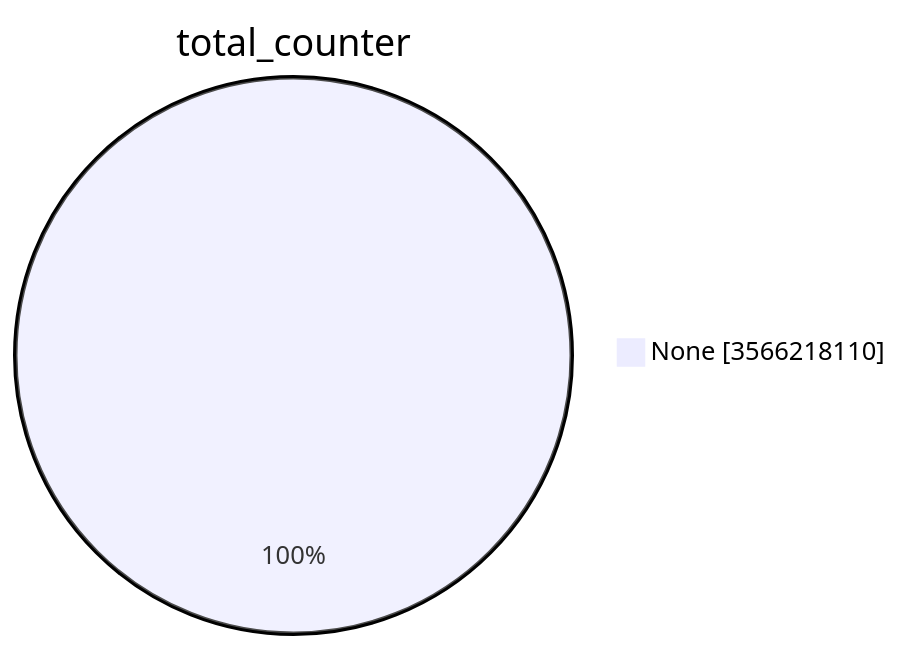
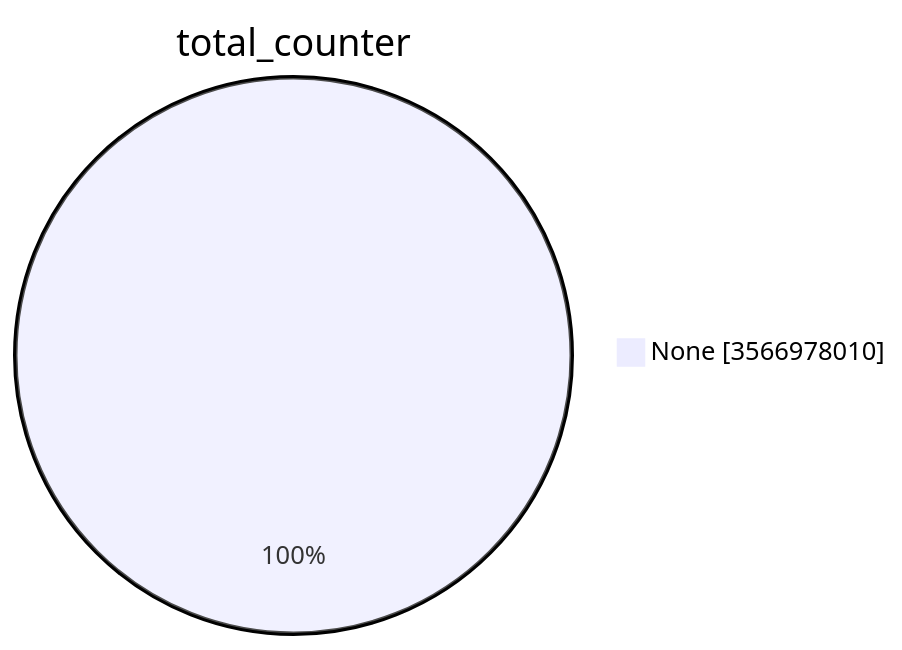
One commit to christiankrug/ctmonitor_visualization changed the first of 15 diagrams in TOTAL/README.md. Above: the diagram before and after it, drawn with Mermaid. The commit also changed other lines of this file, not shown here.

````diff
--- a/TOTAL/README.md
+++ b/TOTAL/README.md
@@ -1,5 +1,5 @@
 ```mermaid
 pie showData
 title total_counter
-"None" :3566218110
+"None" :3566978010
 ```
````
